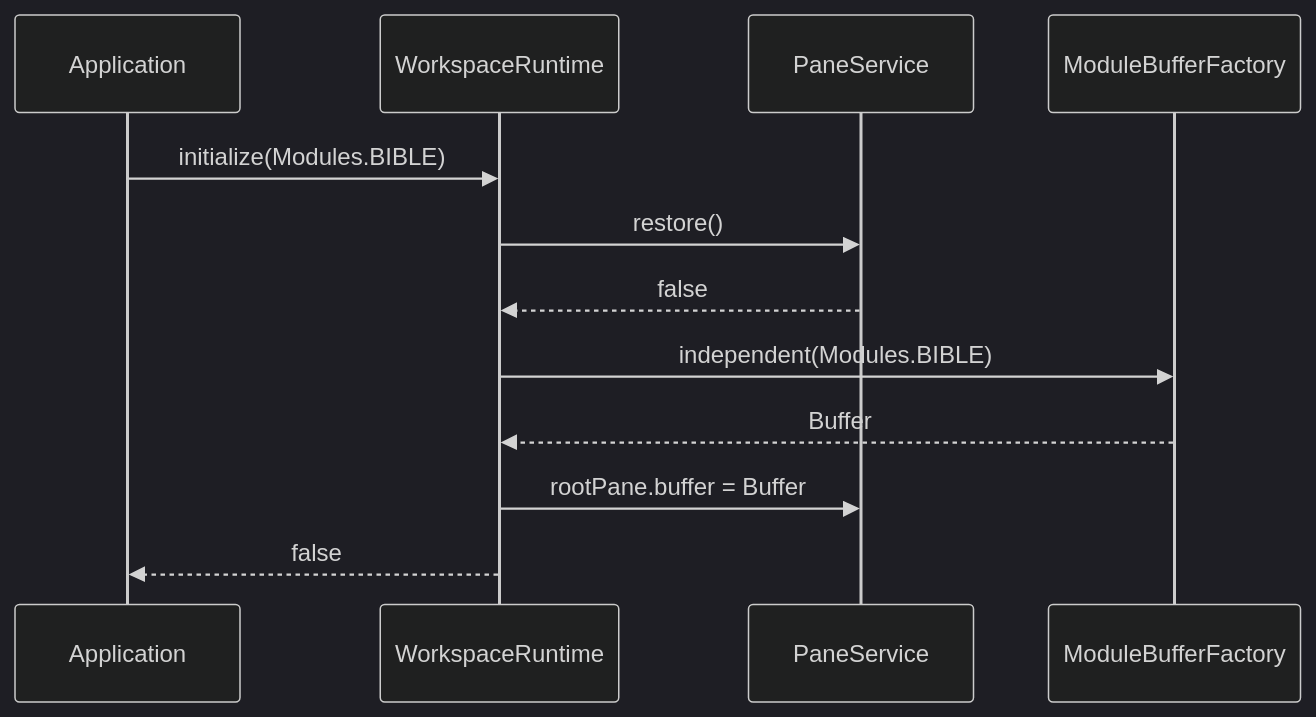
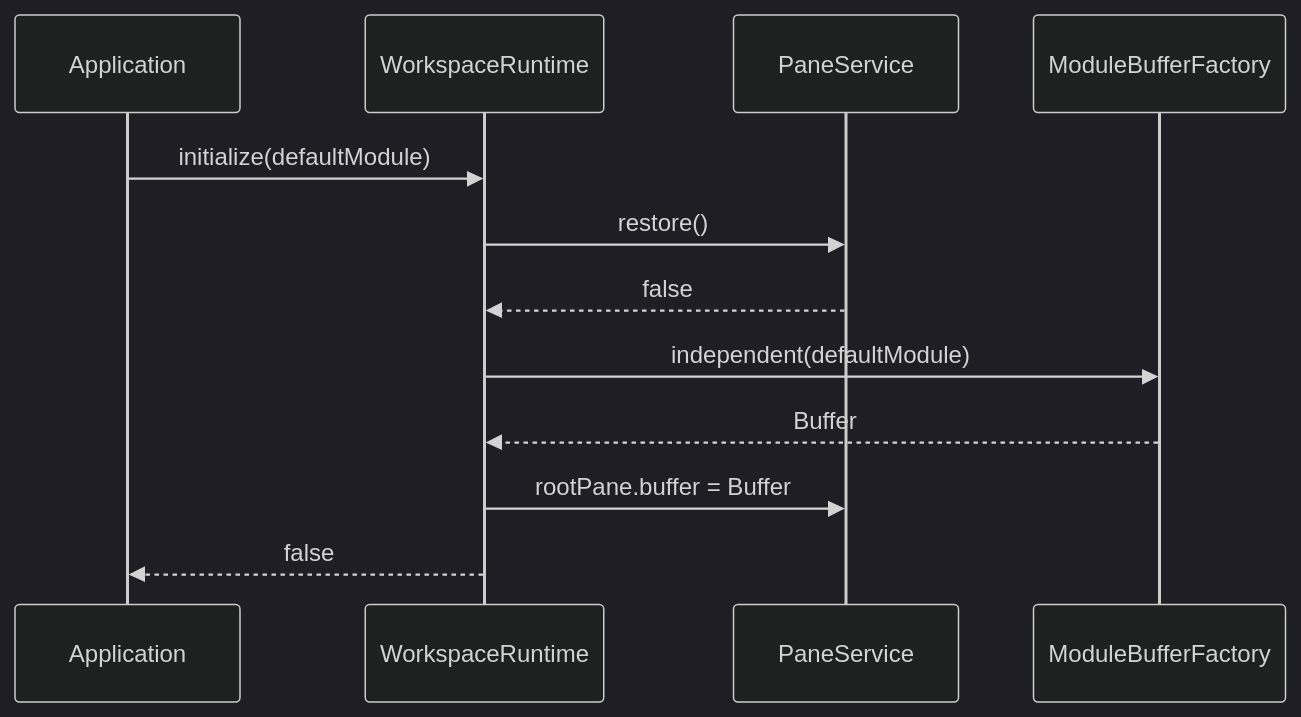
Before and after one commit to kjvonly/kjvonly.bible: the second of 4 diagrams in docs/03_implementation/runtime/001-root-runtime.md, drawn with Mermaid (dark theme). The commit also changed other lines of this file and 30 other files, not shown here.

Commit message:
* auth aware fresh workspace login * separate create account and nsec login * authenticated bootstrap after login * nsec visibility in profile module * nostr edit profile

````diff
--- a/docs/03_implementation/runtime/001-root-runtime.md
+++ b/docs/03_implementation/runtime/001-root-runtime.md
@@ -1896,15 +1934,15 @@
 ```mermaid
 sequenceDiagram
     participant App as Application
     participant Workspace as WorkspaceRuntime
     participant Panes as PaneService
     participant Factory as ModuleBufferFactory
 
-    App->>Workspace: initialize(Modules.BIBLE)
+    App->>Workspace: initialize(defaultModule)
     Workspace->>Panes: restore()
     Panes-->>Workspace: false
-    Workspace->>Factory: independent(Modules.BIBLE)
+    Workspace->>Factory: independent(defaultModule)
     Factory-->>Workspace: Buffer
     Workspace->>Panes: rootPane.buffer = Buffer
     Workspace-->>App: false
 ```
````
